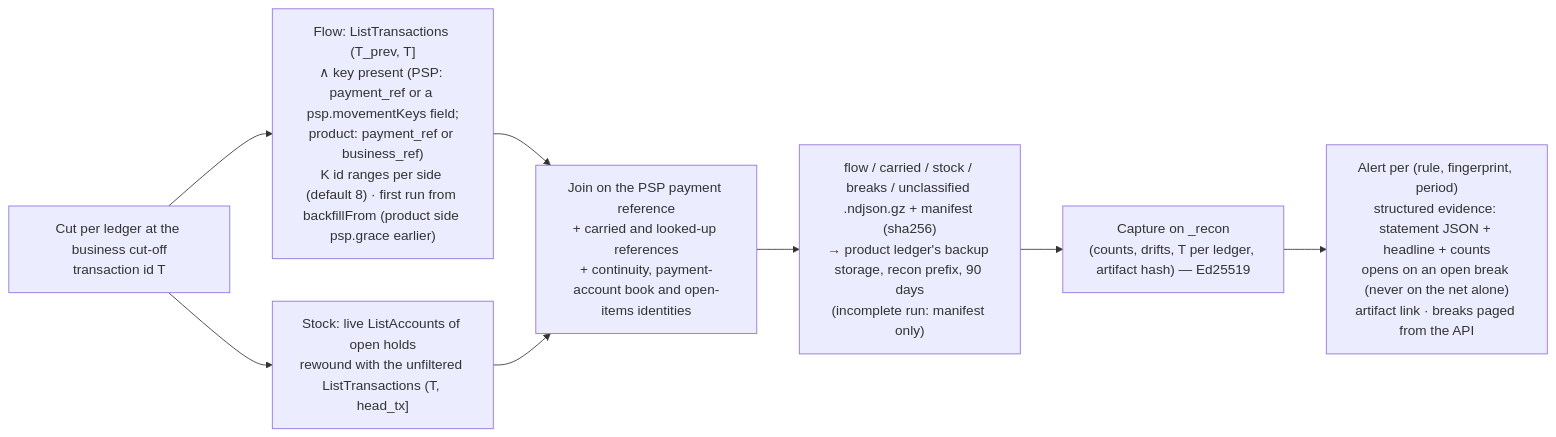
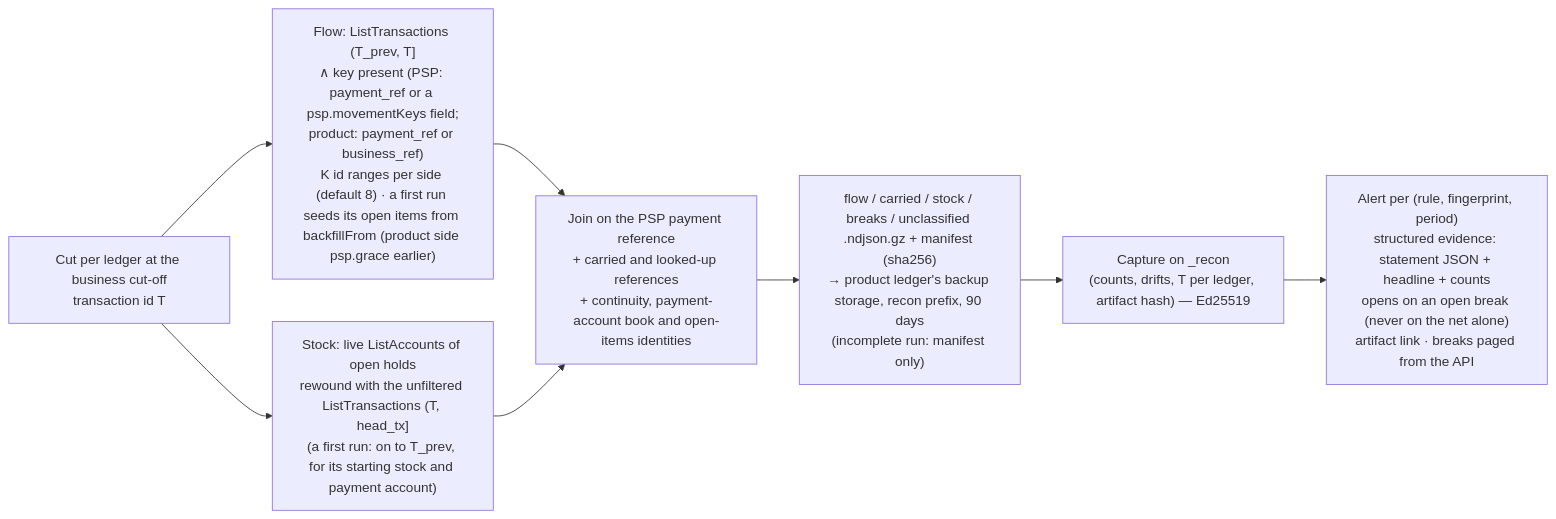
One commit to formancehq/reconciliation changed the ninth of 9 diagrams in docs/technical/workflows.md. Above: the diagram before and after it, drawn with Mermaid. The commit also changed other lines of this file and 104 other files, not shown here.

````diff
--- a/docs/technical/workflows.md
+++ b/docs/technical/workflows.md
@@ -326,10 +326,10 @@
 ```mermaid
 flowchart LR
-    Cut["Cut per ledger at the business cut-off<br/>transaction id T"] --> Flow["Flow: ListTransactions (T_prev, T]<br/>∧ key present (PSP: payment_ref or a psp.movementKeys field;<br/>product: payment_ref or business_ref)<br/>K id ranges per side (default 8) · first run from backfillFrom (product side psp.grace earlier)"]
-    Cut --> Stock["Stock: live ListAccounts of open holds<br/>rewound with the unfiltered ListTransactions (T, head_tx]"]
+    Cut["Cut per ledger at the business cut-off<br/>transaction id T"] --> Flow["Flow: ListTransactions (T_prev, T]<br/>∧ key present (PSP: payment_ref or a psp.movementKeys field;<br/>product: payment_ref or business_ref)<br/>K id ranges per side (default 8) · a first run seeds its open items from backfillFrom (product side psp.grace earlier)"]
+    Cut --> Stock["Stock: live ListAccounts of open holds<br/>rewound with the unfiltered ListTransactions (T, head_tx]<br/>(a first run: on to T_prev, for its starting stock and payment account)"]
     Flow --> Join["Join on the PSP payment reference<br/>+ carried and looked-up references<br/>+ continuity, payment-account book and open-items identities"]
     Stock --> Join
     Join --> Art["flow / carried / stock / breaks / unclassified .ndjson.gz + manifest (sha256)<br/>→ product ledger's backup storage, recon prefix, 90 days<br/>(incomplete run: manifest only)"]
     Art --> Cap["Capture on _recon<br/>(counts, drifts, T per ledger, artifact hash) — Ed25519"]
     Cap --> Alert["Alert per (rule, fingerprint, period)<br/>structured evidence: statement JSON + headline + counts<br/>opens on an open break (never on the net alone)<br/>artifact link · breaks paged from the API"]
 ```
````
